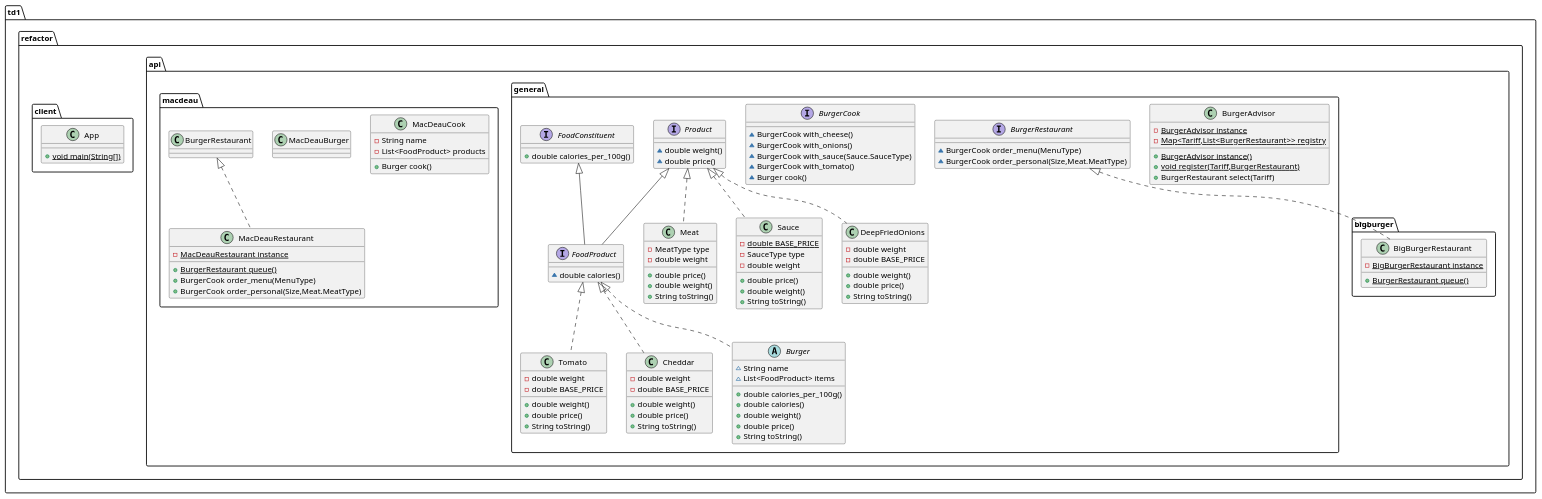
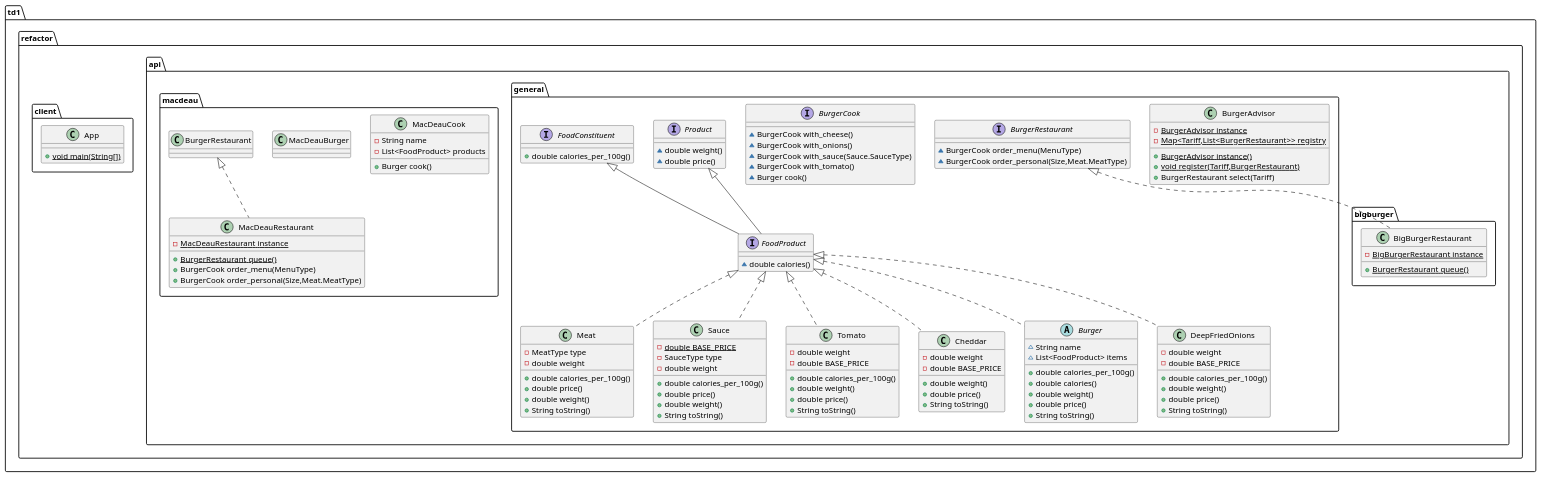
One commit to malinvaudpaul/Malinvaud_MACA_2021 changed the diagram in TD1/docs/test.puml. Above: the diagram before and after it, drawn with PlantUML. The commit also changed 24 other files, not shown here.

```diff
--- a/TD1/docs/test.puml
+++ b/TD1/docs/test.puml
@@ -1,107 +1,111 @@
 @startuml
 class td1.refactor.api.bigburger.BigBurgerRestaurant {
 - {static} BigBurgerRestaurant instance
 + {static} BurgerRestaurant queue()
 }
 class td1.refactor.api.general.Meat {
 - MeatType type
 - double weight
++ double calories_per_100g()
 + double price()
 + double weight()
 + String toString()
 }
 class td1.refactor.client.App {
 + {static} void main(String[])
 }
 class td1.refactor.api.macdeau.MacDeauCook {
 - String name
 - List<FoodProduct> products
 + Burger cook()
 }
 class td1.refactor.api.general.BurgerAdvisor {
 - {static} BurgerAdvisor instance
 - {static} Map<Tariff,List<BurgerRestaurant>> registry
 + {static} BurgerAdvisor instance()
 + {static} void register(Tariff,BurgerRestaurant)
 + BurgerRestaurant select(Tariff)
 }
 class td1.refactor.api.general.Sauce {
 - {static} double BASE_PRICE
 - SauceType type
 - double weight
++ double calories_per_100g()
 + double price()
 + double weight()
 + String toString()
 }
 class td1.refactor.api.macdeau.MacDeauRestaurant {
 - {static} MacDeauRestaurant instance
 + {static} BurgerRestaurant queue()
 + BurgerCook order_menu(MenuType)
 + BurgerCook order_personal(Size,Meat.MeatType)
 }
 interface td1.refactor.api.general.BurgerRestaurant {
 ~ BurgerCook order_menu(MenuType)
 ~ BurgerCook order_personal(Size,Meat.MeatType)
 }
 class td1.refactor.api.general.Tomato {
 - double weight
 - double BASE_PRICE
++ double calories_per_100g()
 + double weight()
 + double price()
 + String toString()
 }
 class td1.refactor.api.general.Cheddar {
 - double weight
 - double BASE_PRICE
 + double weight()
 + double price()
 + String toString()
 }
 interface td1.refactor.api.general.FoodProduct {
 ~ double calories()
 }
 interface td1.refactor.api.general.BurgerCook {
 ~ BurgerCook with_cheese()
 ~ BurgerCook with_onions()
 ~ BurgerCook with_sauce(Sauce.SauceType)
 ~ BurgerCook with_tomato()
 ~ Burger cook()
 }
 interface td1.refactor.api.general.Product {
 ~ double weight()
 ~ double price()
 }
 abstract class td1.refactor.api.general.Burger {
 ~ String name
 ~ List<FoodProduct> items
 + double calories_per_100g()
 + double calories()
 + double weight()
 + double price()
 + String toString()
 }
 class td1.refactor.api.macdeau.MacDeauBurger {
 }
 interface td1.refactor.api.general.FoodConstituent {
 + double calories_per_100g()
 }
 class td1.refactor.api.general.DeepFriedOnions {
 - double weight
 - double BASE_PRICE
++ double calories_per_100g()
 + double weight()
 + double price()
 + String toString()
 }
 
 
 td1.refactor.api.general.BurgerRestaurant <|.. td1.refactor.api.bigburger.BigBurgerRestaurant
-td1.refactor.api.general.Product <|.. td1.refactor.api.general.Meat
-td1.refactor.api.general.Product <|.. td1.refactor.api.general.Sauce
+td1.refactor.api.general.FoodProduct <|.. td1.refactor.api.general.Meat
+td1.refactor.api.general.FoodProduct <|.. td1.refactor.api.general.Sauce
 td1.refactor.api.macdeau.BurgerRestaurant <|.. td1.refactor.api.macdeau.MacDeauRestaurant
 td1.refactor.api.general.FoodProduct <|.. td1.refactor.api.general.Tomato
 td1.refactor.api.general.FoodProduct <|.. td1.refactor.api.general.Cheddar
 td1.refactor.api.general.FoodConstituent <|-- td1.refactor.api.general.FoodProduct
 td1.refactor.api.general.Product <|-- td1.refactor.api.general.FoodProduct
 td1.refactor.api.general.FoodProduct <|.. td1.refactor.api.general.Burger
-td1.refactor.api.general.Product <|.. td1.refactor.api.general.DeepFriedOnions
+td1.refactor.api.general.FoodProduct <|.. td1.refactor.api.general.DeepFriedOnions
 @enduml
```
